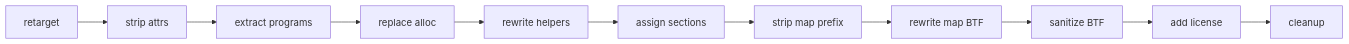
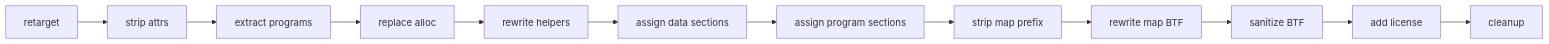
Before and after one commit to kyleseneker/tinybpf: the second of 2 diagrams in docs/ARCHITECTURE.md, drawn with Mermaid. The commit also changed other lines of this file and 5 other files, not shown here.

````diff
--- a/docs/ARCHITECTURE.md
+++ b/docs/ARCHITECTURE.md
@@ -117,13 +121,14 @@
 ```mermaid
 graph LR
     A["retarget"] --> B["strip attrs"]
     B --> C["extract programs"]
     C --> D["replace alloc"]
     D --> E["rewrite helpers"]
-    E --> F["assign sections"]
-    F --> G["strip map prefix"]
-    G --> H["rewrite map BTF"]
-    H --> I["sanitize BTF"]
-    I --> J["add license"]
-    J --> K["cleanup"]
+    E --> F["assign data sections"]
+    F --> G["assign program sections"]
+    G --> H["strip map prefix"]
+    H --> I["rewrite map BTF"]
+    I --> J["sanitize BTF"]
+    J --> K["add license"]
+    K --> L["cleanup"]
 ```
````
